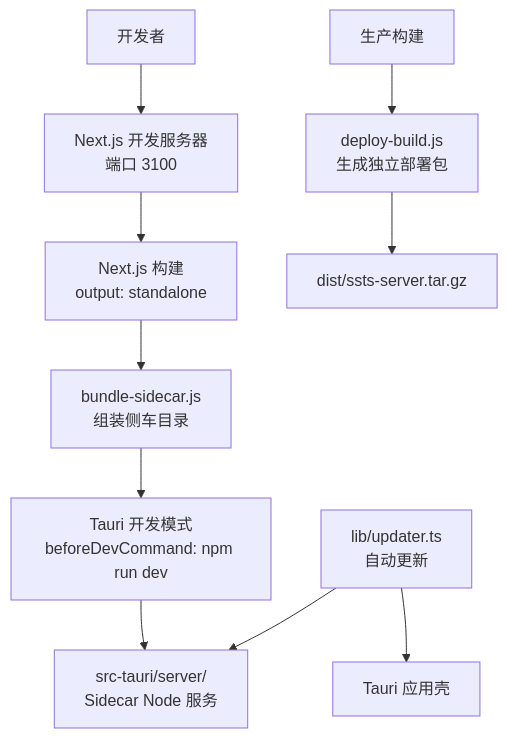
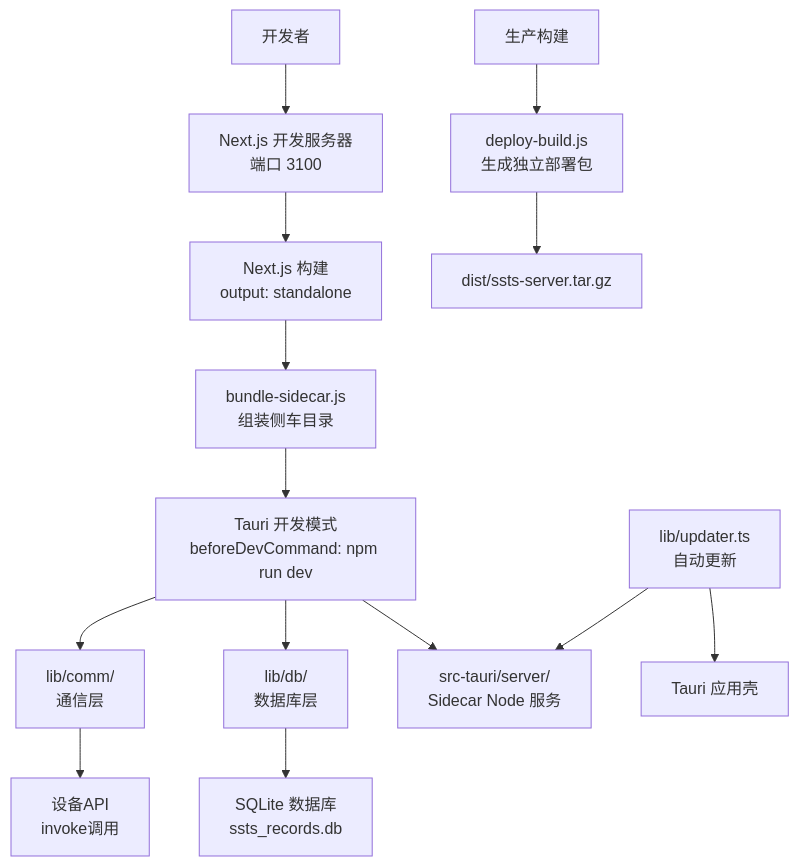
The second of 3 diagrams in .qoder/repowiki/zh/content/开发指南.md (ggtiger/SSTS), drawn with Mermaid before and after one commit. The commit also changed other lines of this file and 12 other files, not shown here.

````diff
--- a/.qoder/repowiki/zh/content/开发指南.md
+++ b/.qoder/repowiki/zh/content/开发指南.md
@@ -125,12 +168,16 @@
 ```mermaid
 graph TB
 Dev["开发者"] --> NxtDev["Next.js 开发服务器<br/>端口 3100"]
 NxtDev --> Build["Next.js 构建<br/>output: standalone"]
 Build --> Bundle["bundle-sidecar.js<br/>组装侧车目录"]
 Bundle --> TauriDev["Tauri 开发模式<br/>beforeDevCommand: npm run dev"]
 TauriDev --> Sidecar["src-tauri/server/<br/>Sidecar Node 服务"]
+TauriDev --> DBLayer["lib/db/<br/>数据库层"]
+TauriDev --> CommLayer["lib/comm/<br/>通信层"]
 Release["生产构建"] --> Deploy["deploy-build.js<br/>生成独立部署包"]
 Deploy --> Dist["dist/ssts-server.tar.gz"]
 Updater["lib/updater.ts<br/>自动更新"] --> TauriApp["Tauri 应用壳"]
 Updater --> Sidecar
+DBLayer --> SQLite["SQLite 数据库<br/>ssts_records.db"]
+CommLayer --> DeviceAPI["设备API<br/>invoke调用"]
 ```
````
